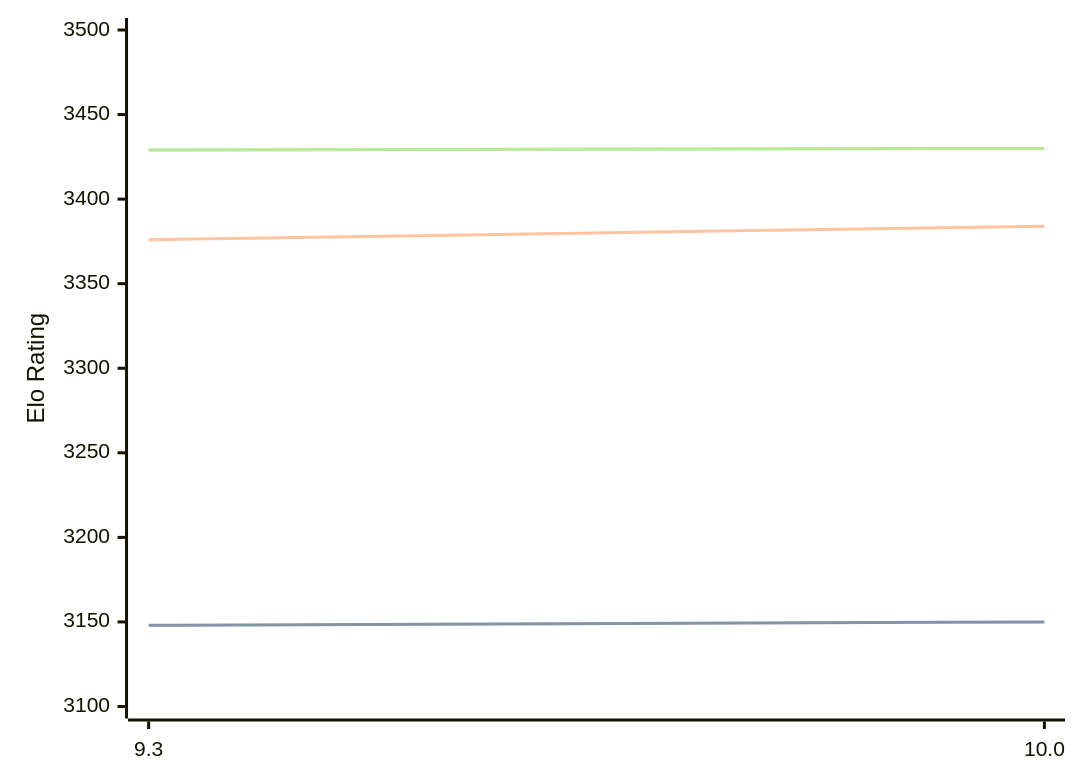
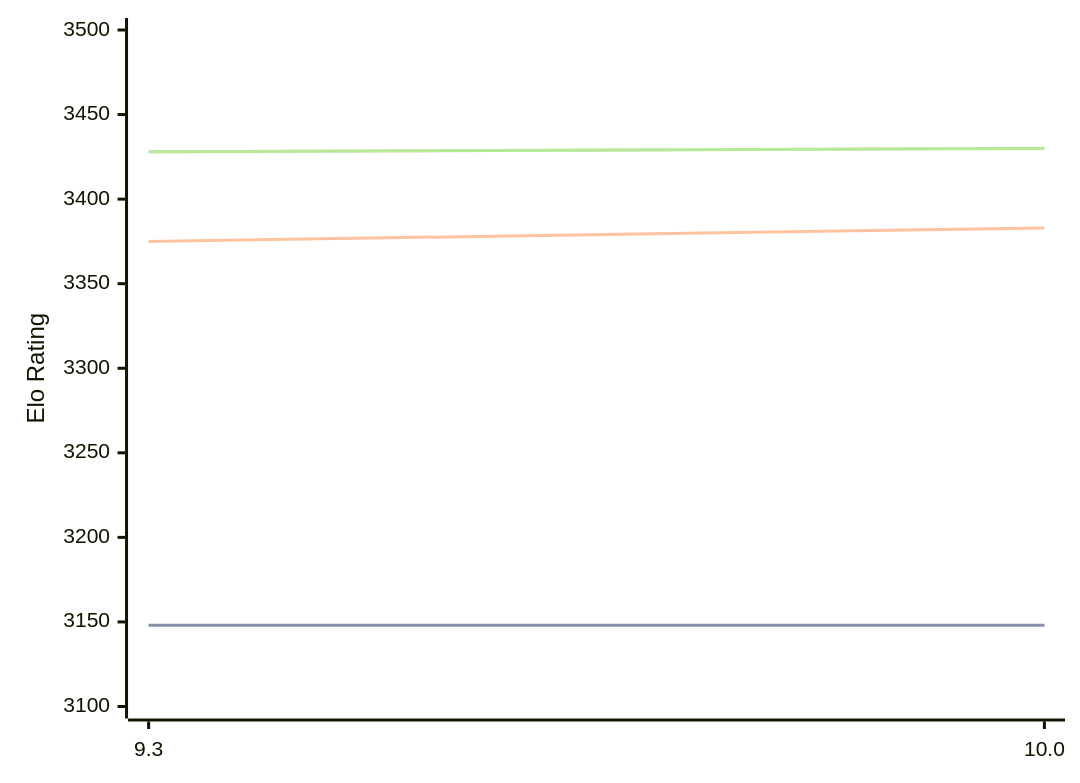
The diagram in engines/Fire.md (computer-chess-index/cci), drawn with Mermaid before and after one commit. The commit also changed other lines of this file, not shown here.

Commit message:
Update CCI Ratings (ELO VLTC) - 2026-09-01

````diff
--- a/engines/Fire.md
+++ b/engines/Fire.md
@@ -32,11 +32,11 @@
 ```mermaid
 %%{init: {"theme":"base","themeVariables":{"seriesColors:['#a3a3a3','#222221','#faa371']}}}%%
 xychart-beta
   x-axis ["9.3", "10.0"]
   y-axis "Elo Rating" 3100 --> 3500
-  line "" [3148, 3150]
-  line "STC (8.0+0.08s)" [3148, 3150]
-  line "LTC (60.0+0.60s)" [3376, 3384]
-  line "" [3429, 3430]
-  line "VLTC (2m24s+1.12s)" [3429, 3430]
+  line "" [3148, 3148]
+  line "STC (8.0+0.08s)" [3148, 3148]
+  line "LTC (60.0+0.60s)" [3375, 3383]
+  line "" [3428, 3430]
+  line "VLTC (2m24s+1.12s)" [3428, 3430]
 ```
````
